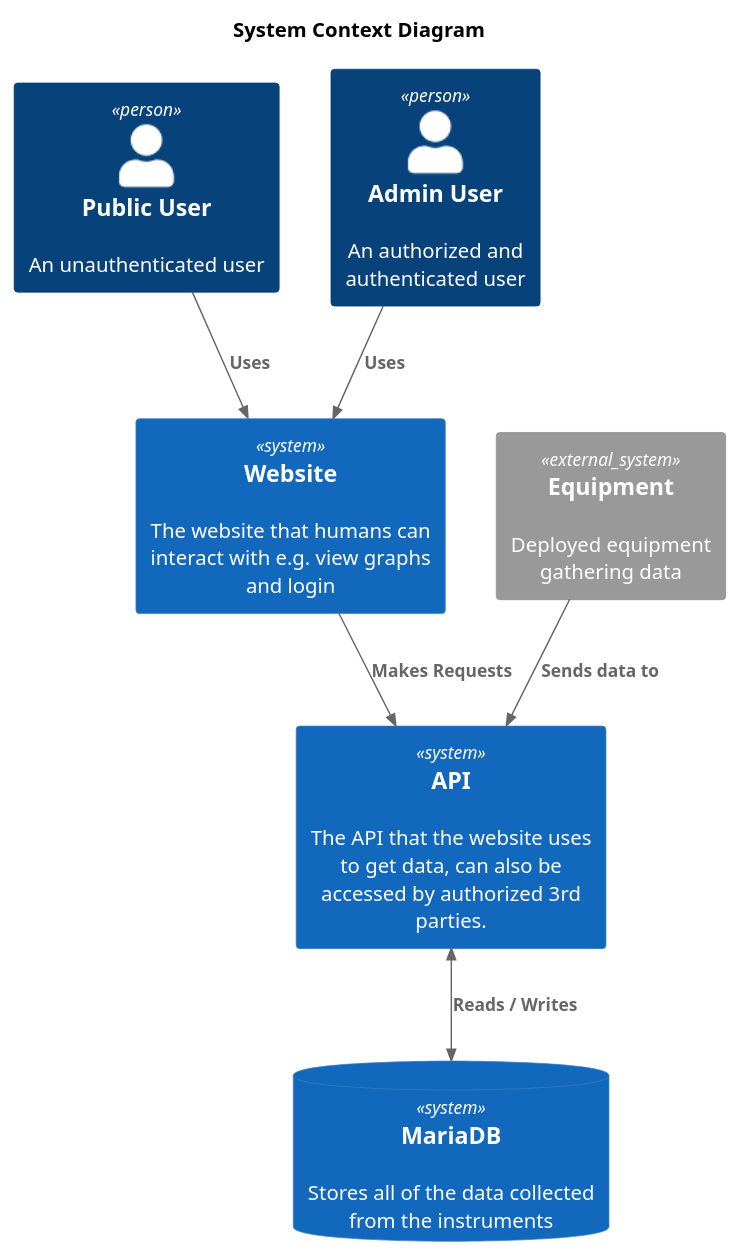
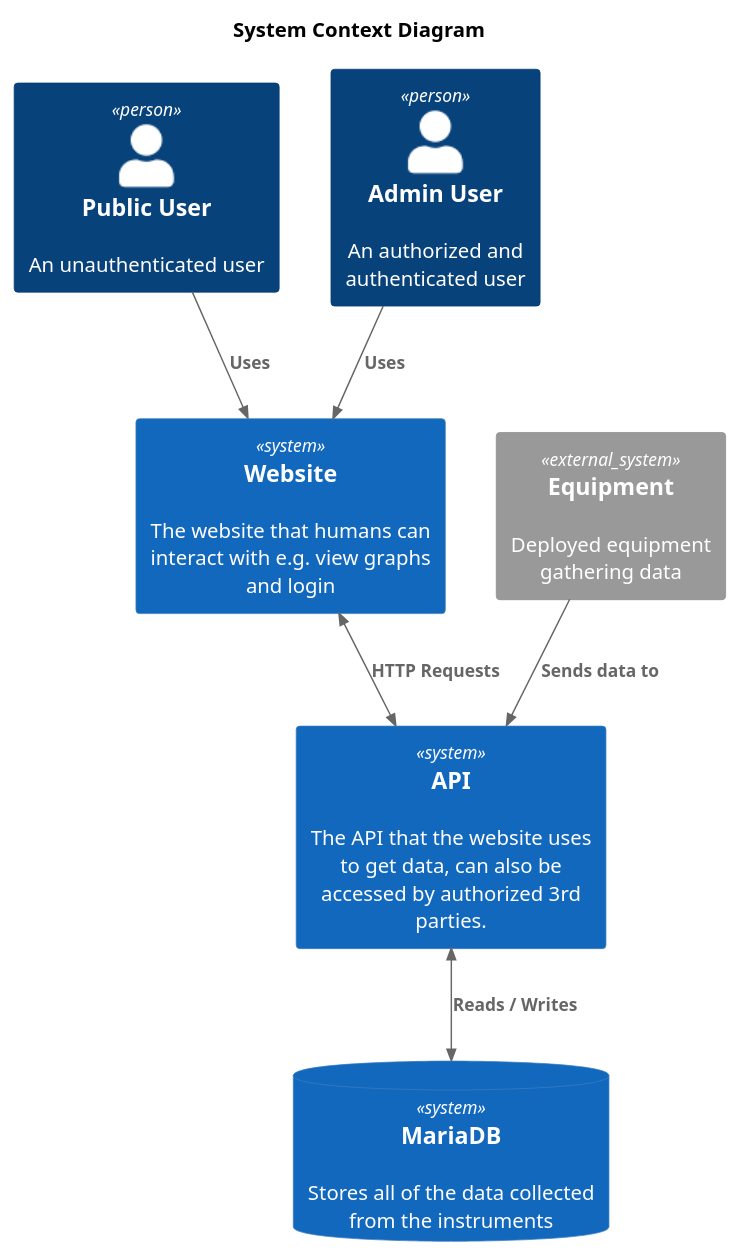
Before and after one commit to asJoshua/CHIL-Data-Visualisation-Webapp: the diagram in docs/c4/context/system_context_diagram.puml, drawn with PlantUML. The commit also changed 1 other file, not shown here.

Commit message:
wiki/Updated context diagram for a bi relation between website and api

```diff
--- a/docs/c4/context/system_context_diagram.puml
+++ b/docs/c4/context/system_context_diagram.puml
@@ -1,19 +1,18 @@
 @startuml System-Context-Diagram
 !include <c4/C4_Context.puml>
 title System Context Diagram
 
 Person(public_user, "Public User", "An unauthenticated user")
 Person(admin_user, "Admin User", "An authorized and authenticated user")
 System_Ext(equipment, "Equipment", "Deployed equipment gathering data")
 System(website, "Website", "The website that humans can interact with e.g. view graphs and login")
 System(api, "API", "The API that the website uses to get data, can also be accessed by authorized 3rd parties.")
 SystemDb(mariadb, "MariaDB", "Stores all of the data collected from the instruments")
 
 Rel(public_user, website, "Uses")
 Rel(admin_user, website, "Uses")
-Rel(website, api, "Makes Requests")
+BiRel(website, api, "HTTP Requests")
 Rel(equipment, api, "Sends data to")
 BiRel(api, mariadb, "Reads / Writes")
 
-
 @enduml
```
